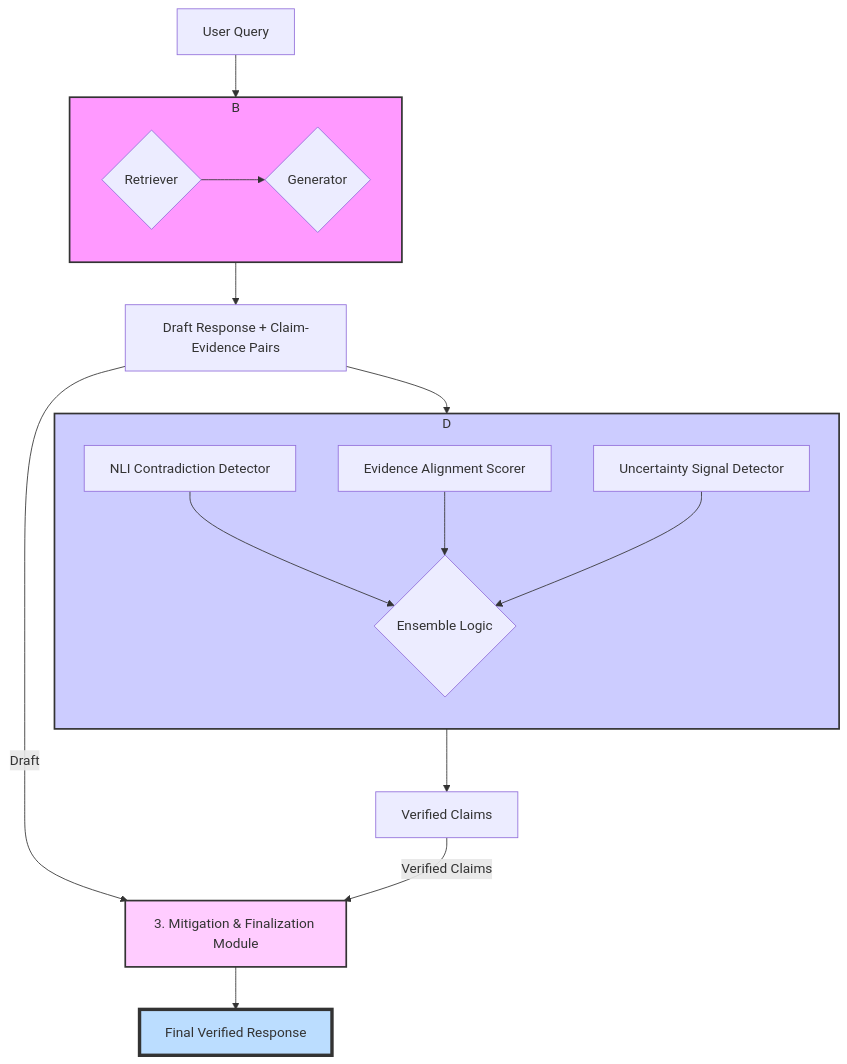
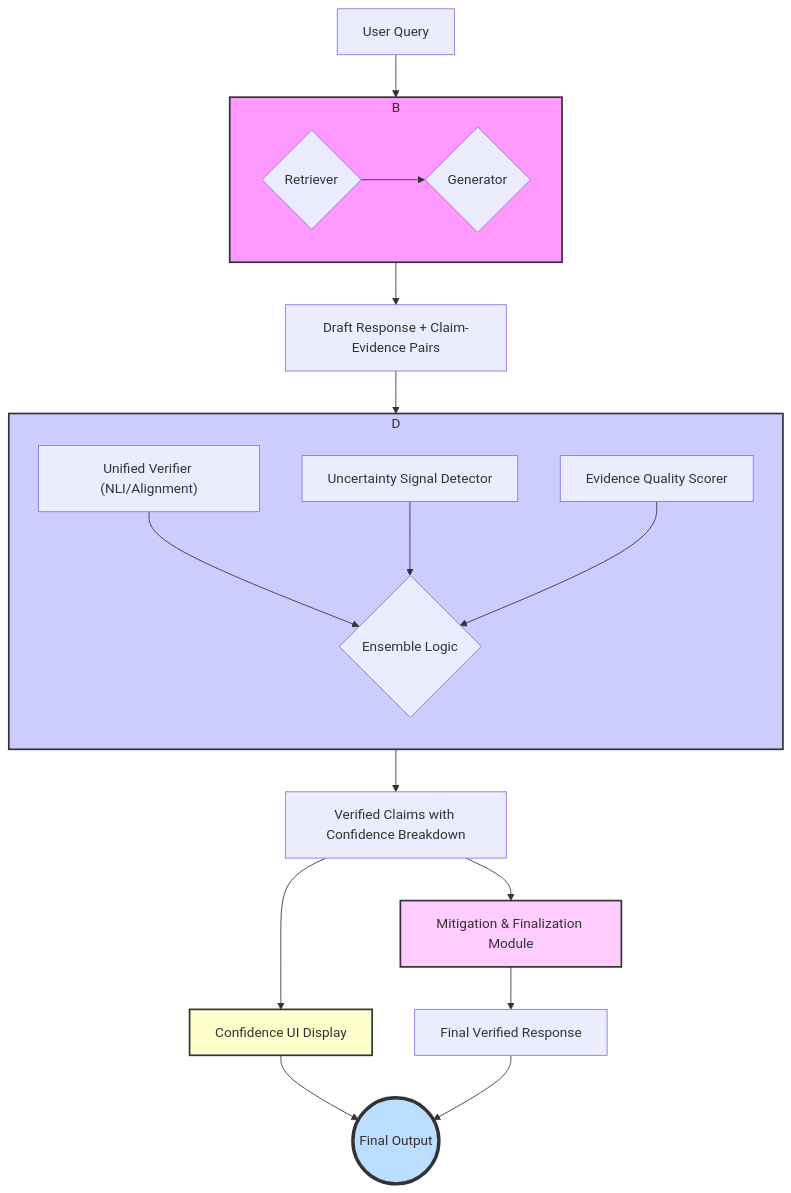
One commit to xiashuidaolaoshuren/AIST-FYP changed the diagram in System_Architecture_Design.md. Above: the diagram before and after it, drawn with Mermaid. The commit also changed other lines of this file and 3 other files, not shown here.

Commit message:
update: Integrate a visual display of respond confidence score with the hallucination detector - update system architecture design and corresponding graph

````diff
--- a/System_Architecture_Design.md
+++ b/System_Architecture_Design.md
@@ -9,29 +9,32 @@
 ```mermaid
 graph TD
-    A[User Query] --> B[1. Baseline RAG Module];
+    A[User Query] --> B[Baseline RAG Module];
     subgraph B
         direction LR
         B1{Retriever} --> B2{Generator};
     end
-    B --> C[Draft Response + Claim-Evidence Pairs];
+    B --> C["Draft Response + Claim-Evidence Pairs"];
     C --> D[2. Verifier Module];
     subgraph D
         direction TB
-        D1[NLI Contradiction Detector]
-        D2[Evidence Alignment Scorer]
-        D3[Uncertainty Signal Detector]
+        D1["Unified Verifier (NLI/Alignment)"]
+        D2[Uncertainty Signal Detector]
+        D3[Evidence Quality Scorer]
         D_Ensemble{Ensemble Logic}
         D1 --> D_Ensemble;
         D2 --> D_Ensemble;
         D3 --> D_Ensemble;
     end
-    D --> E[Verified Claims];
-    C -- Draft --> F[3. Mitigation & Finalization Module];
-    E -- Verified Claims --> F;
-    F --> G[Final Verified Response];
+    D --> E["Verified Claims with Confidence Breakdown"];
+    E --> F[Mitigation & Finalization Module];
+    E --> G[Confidence UI Display];
+    F --> H[Final Verified Response];
+    G --> I((Final Output));
+    H --> I;
 
     style B fill:#f9f,stroke:#333,stroke-width:2px
     style D fill:#ccf,stroke:#333,stroke-width:2px
     style F fill:#fcf,stroke:#333,stroke-width:2px
-    style G fill:#bdf,stroke:#333,stroke-width:4px
+    style G fill:#ffc,stroke:#333,stroke-width:2px
+    style I fill:#bdf,stroke:#333,stroke-width:4px
 ```
````
